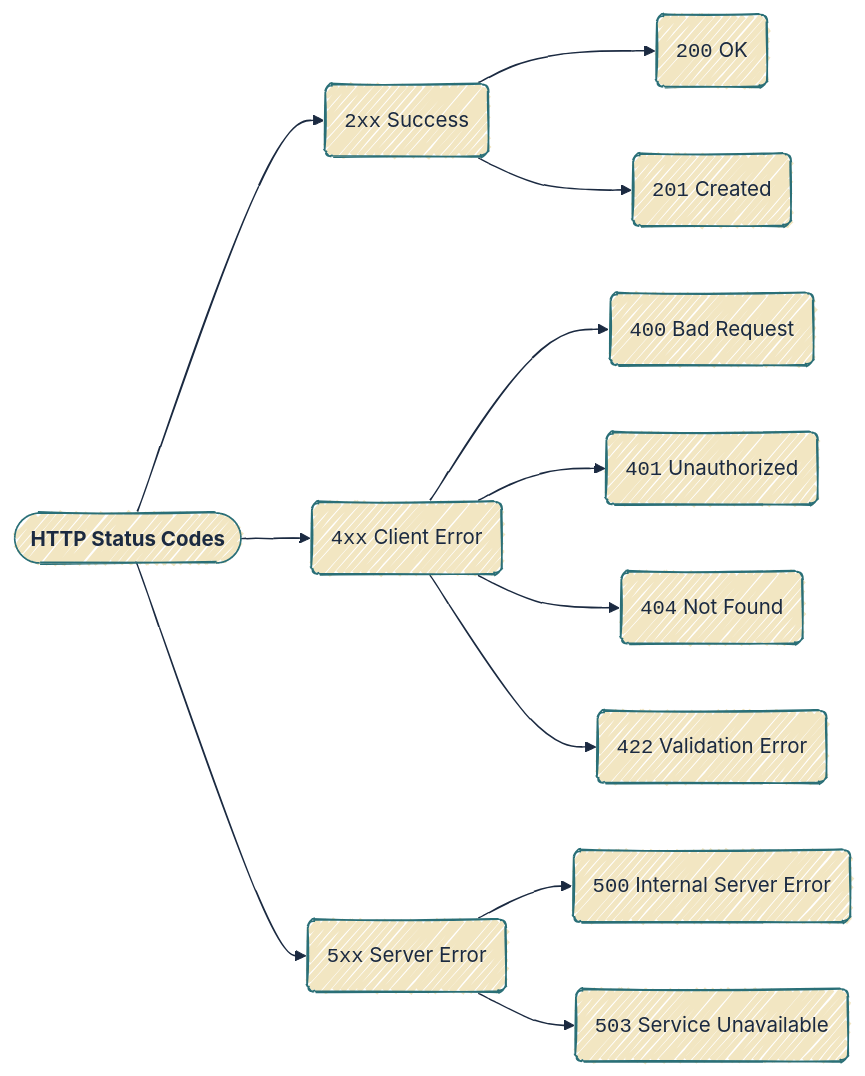
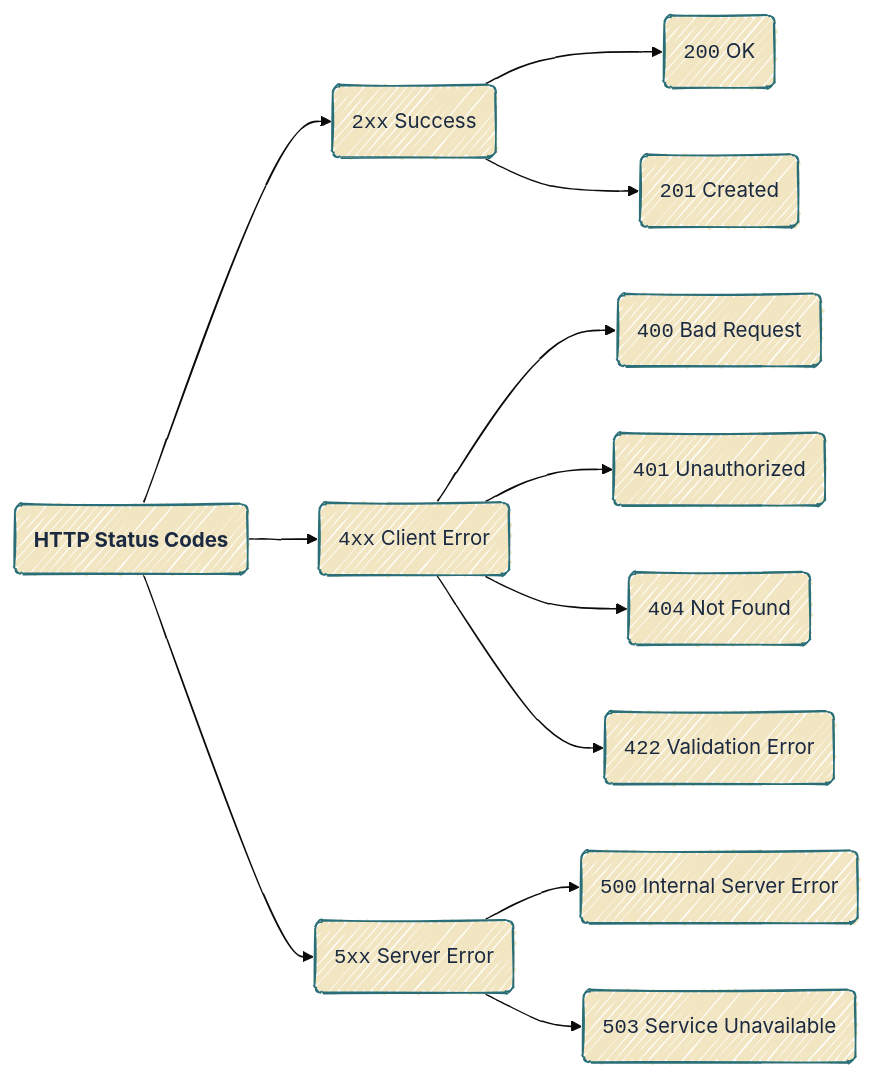
One commit to mjfrigaard/do4ds-labs changed the seventh of 15 diagrams in app-log-py.qmd. Above: the diagram before and after it, drawn with Mermaid. The commit also changed other lines of this file and 37 other files, not shown here.

Commit message:
updates to mermaid

````diff
--- a/app-log-py.qmd
+++ b/app-log-py.qmd
@@ -732,23 +751,24 @@
 ```{mermaid}
 %%| fig-cap: 'HTTP Status Codes Explained'
 %%| fig-width: 7.0
 %%| fig-align: center
-%%{init: {'theme': 'base', 'look': 'handDrawn', 'themeVariables': { 'fontFamily': 'monospace', 'primaryColor': '#F2E6C2', 'primaryBorderColor': '#2A6F77', 'primaryTextColor': '#1B2A41', 'secondaryColor': '#d4e7e4', 'tertiaryColor': '#f5f0e4', 'lineColor': '#1B2A41', 'edgeLabelBackground': '#F2E6C2'}}}%%
+%%{init: {'theme': 'base', 'look': 'handDrawn', 'themeVariables': {'fontFamily': 'monospace'}}}%%
 
 graph LR
-    A(["<strong>HTTP Status Codes</strong>"]) --> B("<code>2xx</code> Success")
+    A("<strong>HTTP Status Codes</strong>") --> B("<code>2xx</code> Success")
     A --> C("<code>4xx</code> Client Error")
     A --> D("<code>5xx</code> Server Error")
     
     B --> B1("<code>200</code> OK")
     B --> B2("<code>201</code> Created")
     
     C --> C1("<code>400</code> Bad Request")
     C --> C2("<code>401</code> Unauthorized")
     C --> C3("<code>404</code> Not Found")
     C --> C4("<code>422</code> Validation Error")
     
     D --> D1("<code>500</code> Internal Server Error")
     D --> D2("<code>503</code> Service Unavailable")
+    classDef default fill:#F2E6C2,stroke:#2A6F77,color:#1B2A41
     
 ```
````
